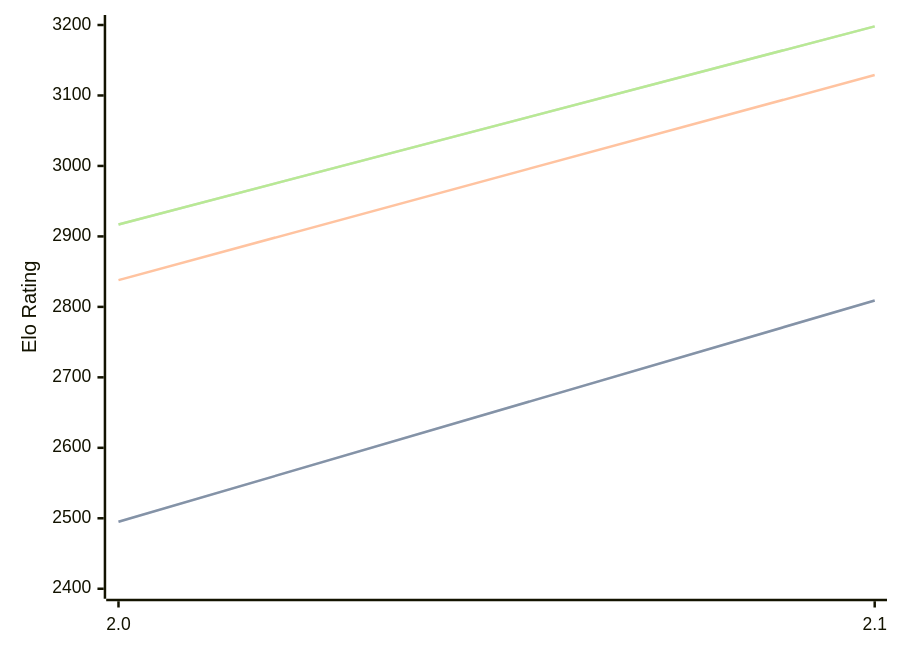
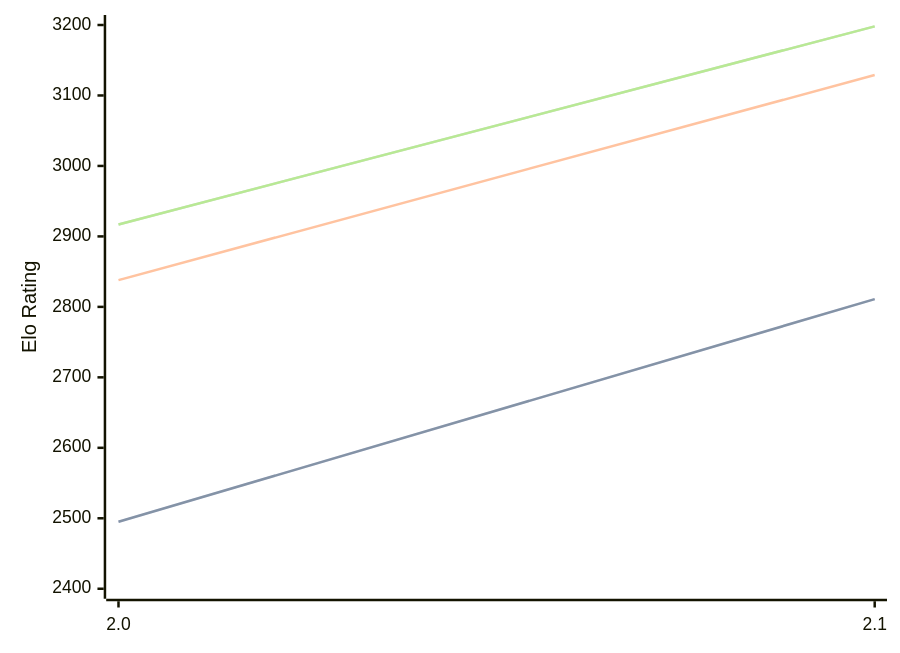
Before and after one commit to computer-chess-index/cci: the third of 3 diagrams in engines/Tunguska.md, drawn with Mermaid. The commit also changed other lines of this file, not shown here.

````diff
--- a/engines/Tunguska.md
+++ b/engines/Tunguska.md
@@ -65,11 +65,11 @@
 ```mermaid
 %%{init: {"theme":"base","themeVariables":{"seriesColors:['#a3a3a3','#222221','#faa371']}}}%%
 xychart-beta
   x-axis ["2.0", "2.1"]
   y-axis "Elo Rating" 2400 --> 3200
-  line "STC (8.0+0.08s)" [2495, 2809]
-  line "STC (8.0+0.08s)" [2495, 2809]
+  line "STC (8.0+0.08s)" [2495, 2811]
+  line "STC (8.0+0.08s)" [2495, 2811]
   line "LTC (60.0+0.60s)" [2838, 3129]
   line "VLTC (2m24s+1.12s)" [2917, 3198]
   line "VLTC (2m24s+1.12s)" [2917, 3198]
 ```
````
